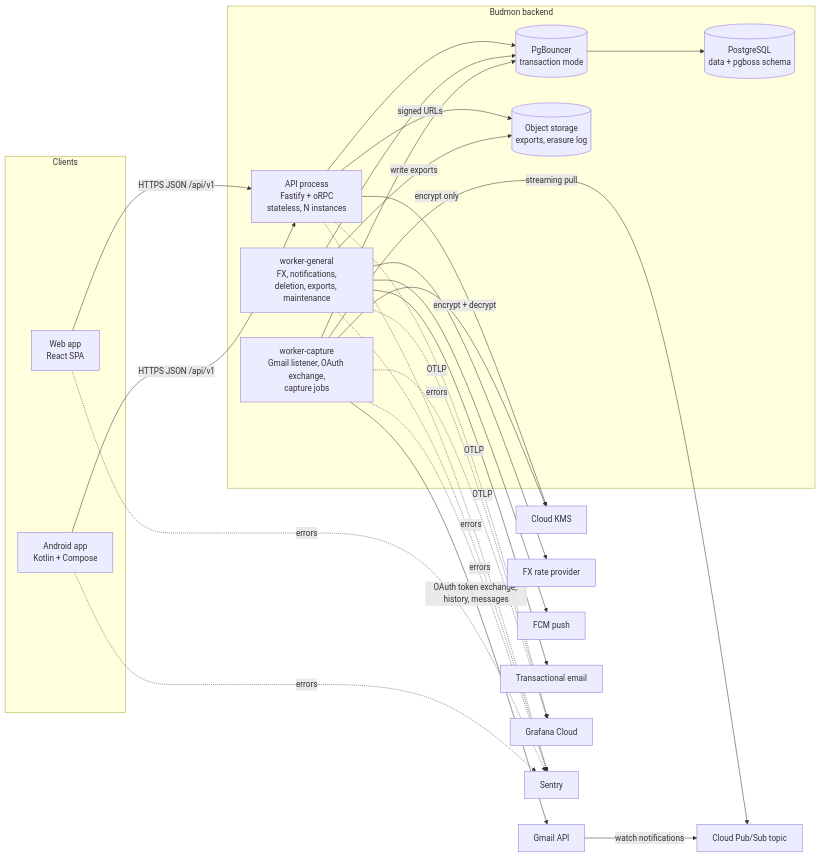
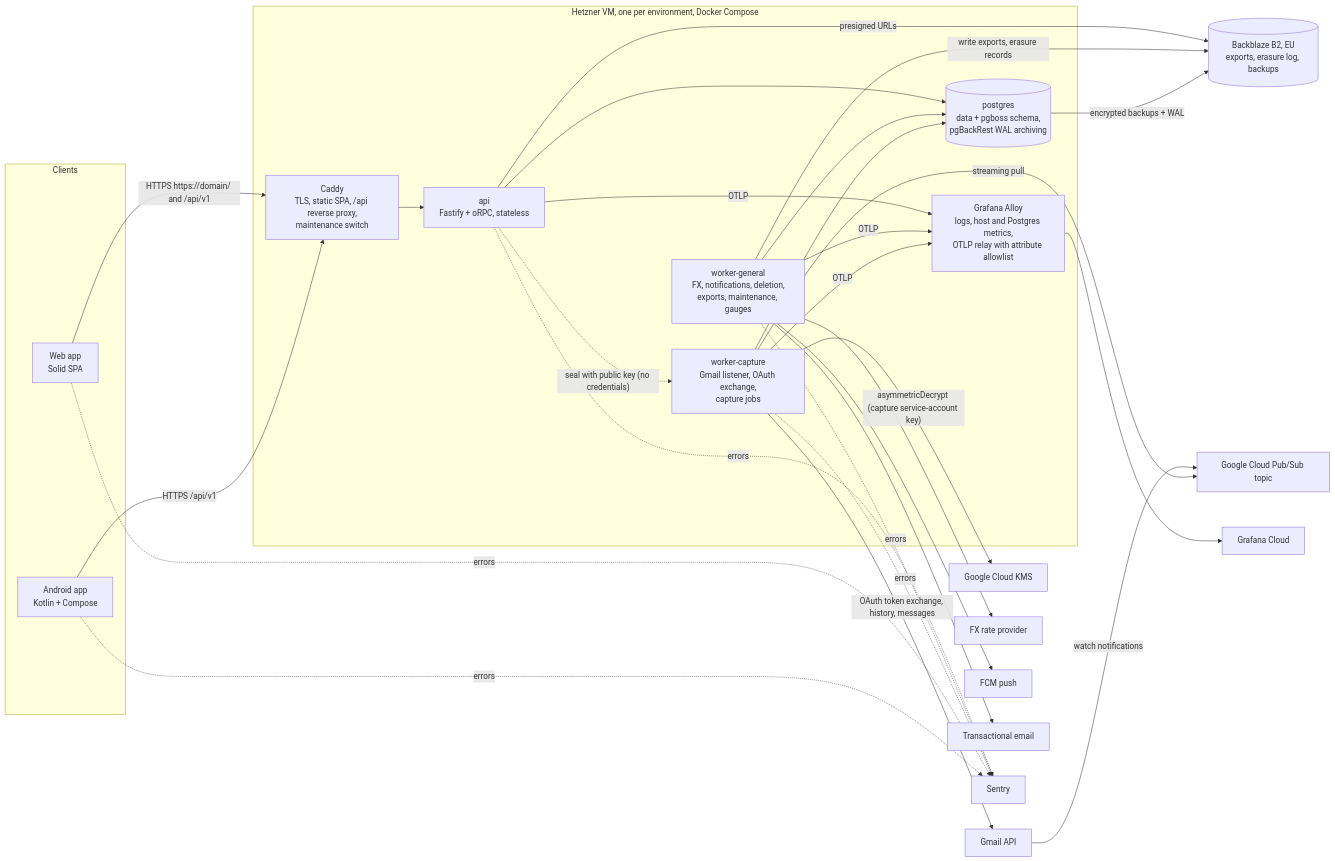
One commit to ali-hy/Budmon changed the third of 9 diagrams in docs/design/platform/hld.md. Above: the diagram before and after it, drawn with Mermaid. The commit also changed other lines of this file and 1 other file, not shown here.

First line of the commit message:
Platform HLD v0.4: SolidJS web app, Hetzner hosting for the invite-only stage, user answers

````diff
--- a/docs/design/platform/hld.md
+++ b/docs/design/platform/hld.md
@@ -358,33 +363,35 @@
 ```mermaid
 flowchart LR
   subgraph Clients
-    Web[Web app<br/>React SPA]
+    Web[Web app<br/>Solid SPA]
     And[Android app<br/>Kotlin + Compose]
   end
-  subgraph Budmon backend
-    API[API process<br/>Fastify + oRPC<br/>stateless, N instances]
-    WG[worker-general<br/>FX, notifications,<br/>deletion, exports, maintenance]
+  subgraph VM[Hetzner VM, one per environment, Docker Compose]
+    Caddy[Caddy<br/>TLS, static SPA, /api reverse proxy,<br/>maintenance switch]
+    API[api<br/>Fastify + oRPC, stateless]
+    WG[worker-general<br/>FX, notifications, deletion,<br/>exports, maintenance, gauges]
     WC[worker-capture<br/>Gmail listener, OAuth exchange,<br/>capture jobs]
-    PGB[(PgBouncer<br/>transaction mode)]
-    PG[(PostgreSQL<br/>data + pgboss schema)]
-    OBJ[(Object storage<br/>exports, erasure log)]
+    PG[(postgres<br/>data + pgboss schema,<br/>pgBackRest WAL archiving)]
+    Alloy[Grafana Alloy<br/>logs, host and Postgres metrics,<br/>OTLP relay with attribute allowlist]
   end
-  Web -- HTTPS JSON /api/v1 --> API
-  And -- HTTPS JSON /api/v1 --> API
-  API --> PGB
-  WG --> PGB
-  WC --> PGB
-  PGB --> PG
-  API -- encrypt only --> KMS[Cloud KMS]
-  WC -- encrypt + decrypt --> KMS
-  API -- signed URLs --> OBJ
-  WG -- write exports --> OBJ
-  Gmail[Gmail API] -- watch notifications --> PS[Cloud Pub/Sub topic]
+  Web -- "HTTPS https://domain/ and /api/v1" --> Caddy
+  And -- "HTTPS /api/v1" --> Caddy
+  Caddy --> API
+  API --> PG
+  WG --> PG
+  WC --> PG
+  API -. "seal with public key (no credentials)" .-> WC
+  WC -- "asymmetricDecrypt (capture service-account key)" --> KMS[Google Cloud KMS]
+  Gmail[Gmail API] -- watch notifications --> PS[Google Cloud Pub/Sub topic]
   WC -- streaming pull --> PS
   WC -- OAuth token exchange, history, messages --> Gmail
+  API -- presigned URLs --> OBJ[(Backblaze B2, EU<br/>exports, erasure log, backups)]
+  WG -- write exports, erasure records --> OBJ
+  PG -- encrypted backups + WAL --> OBJ
   WG --> FX[FX rate provider]
   WG --> FCM[FCM push]
   WG --> Mail[Transactional email]
-  API & WG & WC -. OTLP .-> Graf[Grafana Cloud]
+  API & WG & WC -- OTLP --> Alloy
+  Alloy --> Graf[Grafana Cloud]
   API & WG & WC & Web & And -. errors .-> Sentry[Sentry]
 ```
````
